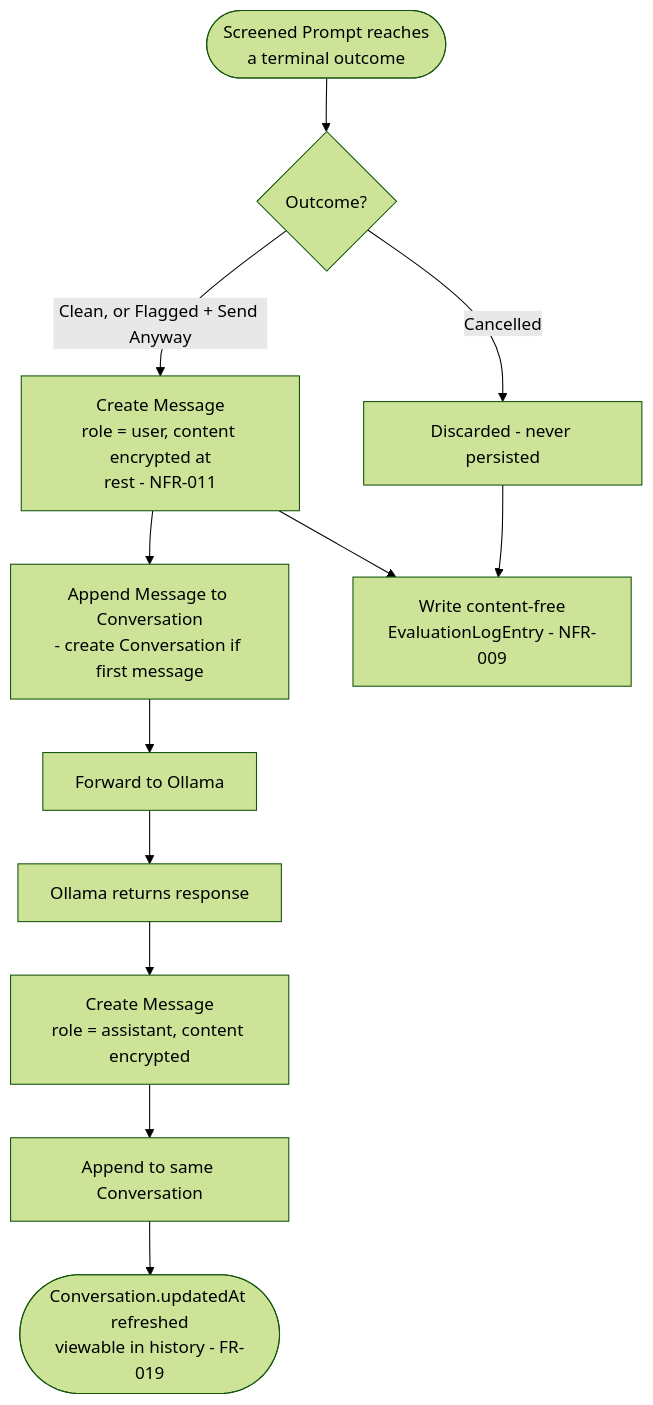
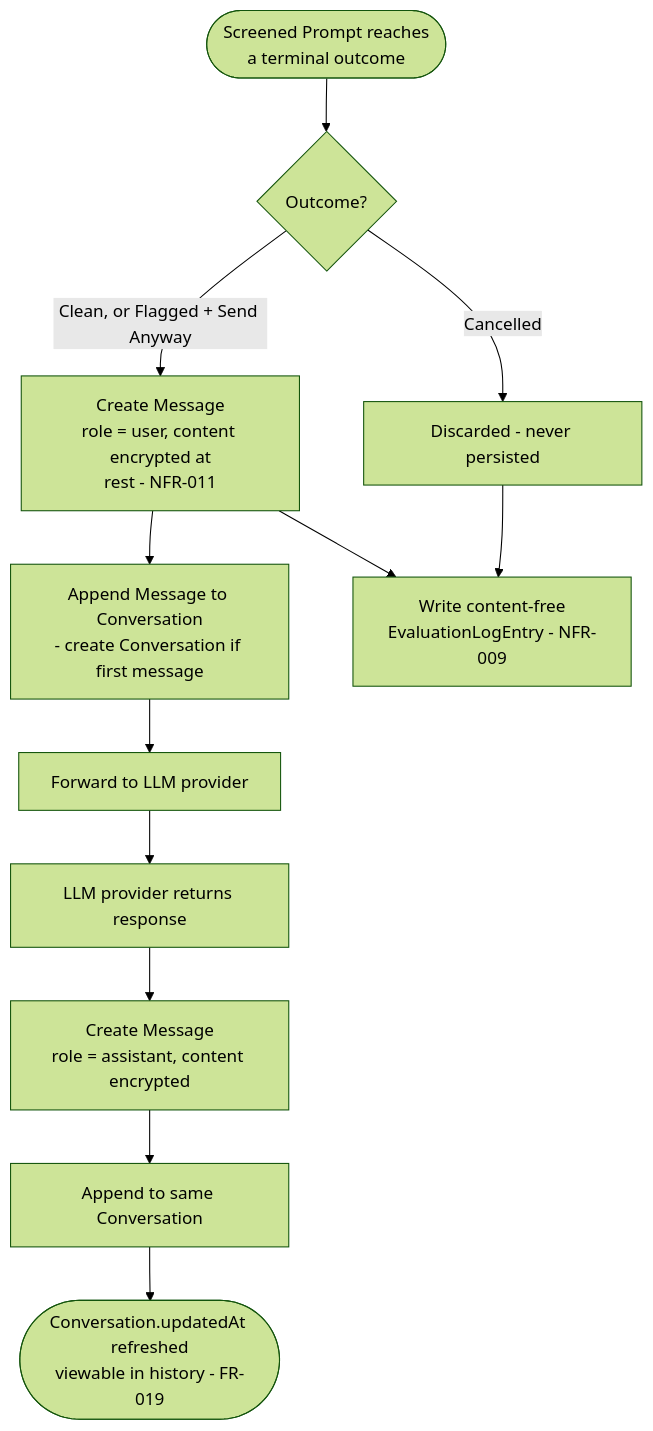
One commit to Skiet88/SentryPrompt changed the seventh of 8 diagrams in docs/diagrams/ACTIVITY_DIAGRAMS.md. Above: the diagram before and after it, drawn with Mermaid (forest theme). The commit also changed other lines of this file and 33 other files, not shown here.

First line of the commit message:
Switch LLM to a selectable provider (Groq default, Gemini, Ollama)

````diff
--- a/docs/diagrams/ACTIVITY_DIAGRAMS.md
+++ b/docs/diagrams/ACTIVITY_DIAGRAMS.md
@@ -155,14 +155,14 @@
 ```mermaid
 flowchart TD
     A([Screened Prompt reaches\na terminal outcome]) --> B{Outcome?}
     B -- Cancelled --> C[Discarded - never persisted]
     B -- Clean, or Flagged + Send Anyway --> D[Create Message\nrole = user, content encrypted at\nrest - NFR-011]
     D --> E[Append Message to Conversation\n- create Conversation if first message]
-    E --> F[Forward to Ollama]
-    F --> G[Ollama returns response]
+    E --> F[Forward to LLM provider]
+    F --> G[LLM provider returns response]
     G --> H[Create Message\nrole = assistant, content encrypted]
     H --> I[Append to same Conversation]
     I --> J([Conversation.updatedAt refreshed\nviewable in history - FR-019])
     C --> K[Write content-free\nEvaluationLogEntry - NFR-009]
     D --> K
 ```
````
